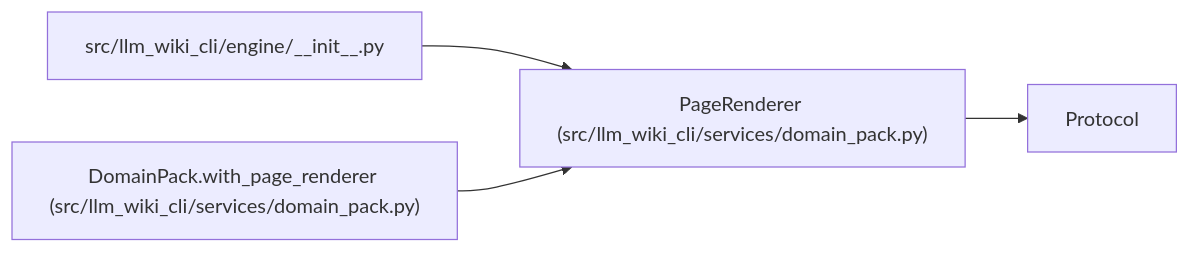
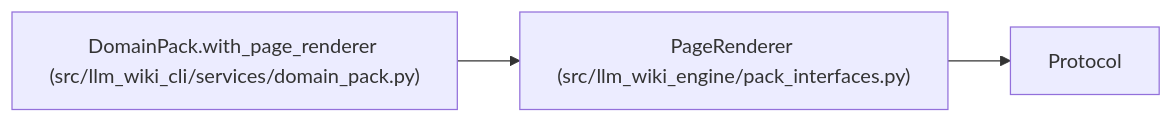
The diagram in docs/llm_wiki/entities/PageRenderer.md (Denissvgn/python-wiki-llm), drawn with Mermaid before and after one commit. The commit also changed other lines of this file and 585 other files, not shown here.

Commit message:
docs: refresh the wiki for per-engine integrations

````diff
--- a/docs/llm_wiki/entities/PageRenderer.md
+++ b/docs/llm_wiki/entities/PageRenderer.md
@@ -29,13 +29,10 @@
 ```mermaid
 flowchart LR
-    n0["PageRenderer (src/llm_wiki_cli/services/domain_pack.py)"]
+    n0["PageRenderer (src/llm_wiki_engine/pack_interfaces.py)"]
     n1["Protocol"]
-    n2["src/llm_wiki_cli/engine/__init__.py"]
-    n3["DomainPack.with_page_renderer (src/llm_wiki_cli/services/domain_pack.py)"]
+    n2["DomainPack.with_page_renderer (src/llm_wiki_cli/services/domain_pack.py)"]
     n0 --> n1
     n2 --> n0
-    n3 --> n0
-    click n0 "../modules/domain_pack.md"
-    click n2 "../modules/engine___init__.md"
-    click n3 "../modules/domain_pack.md"
+    click n0 "../modules/pack_interfaces.md"
+    click n2 "../modules/domain_pack.md"
 ```
````
